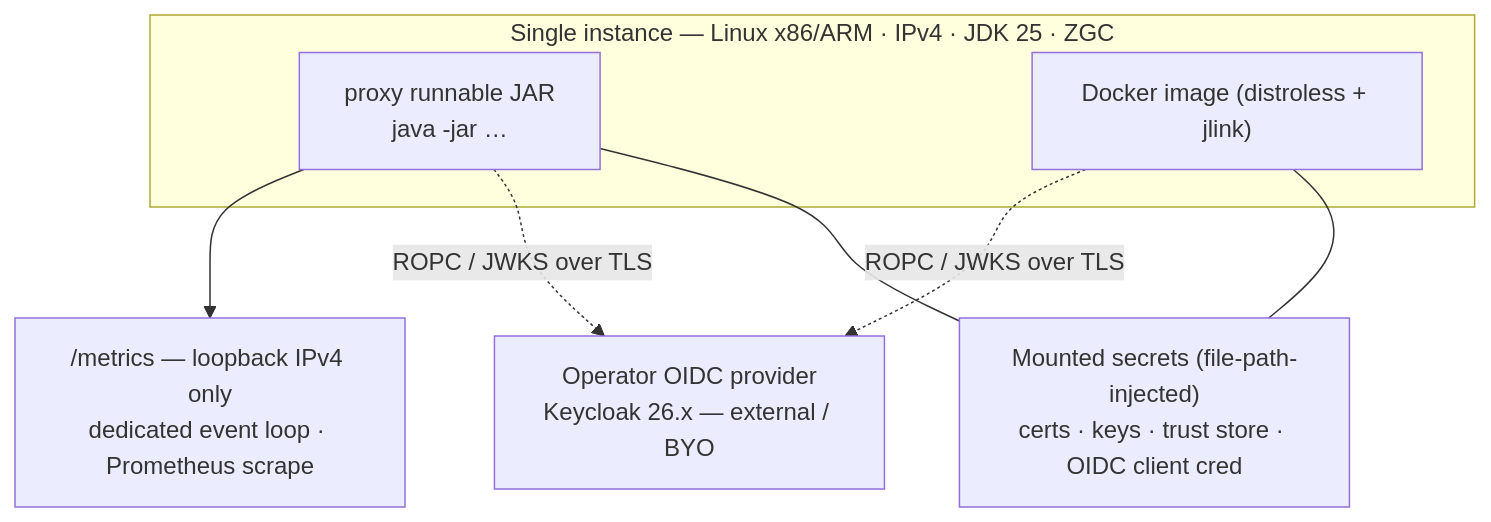
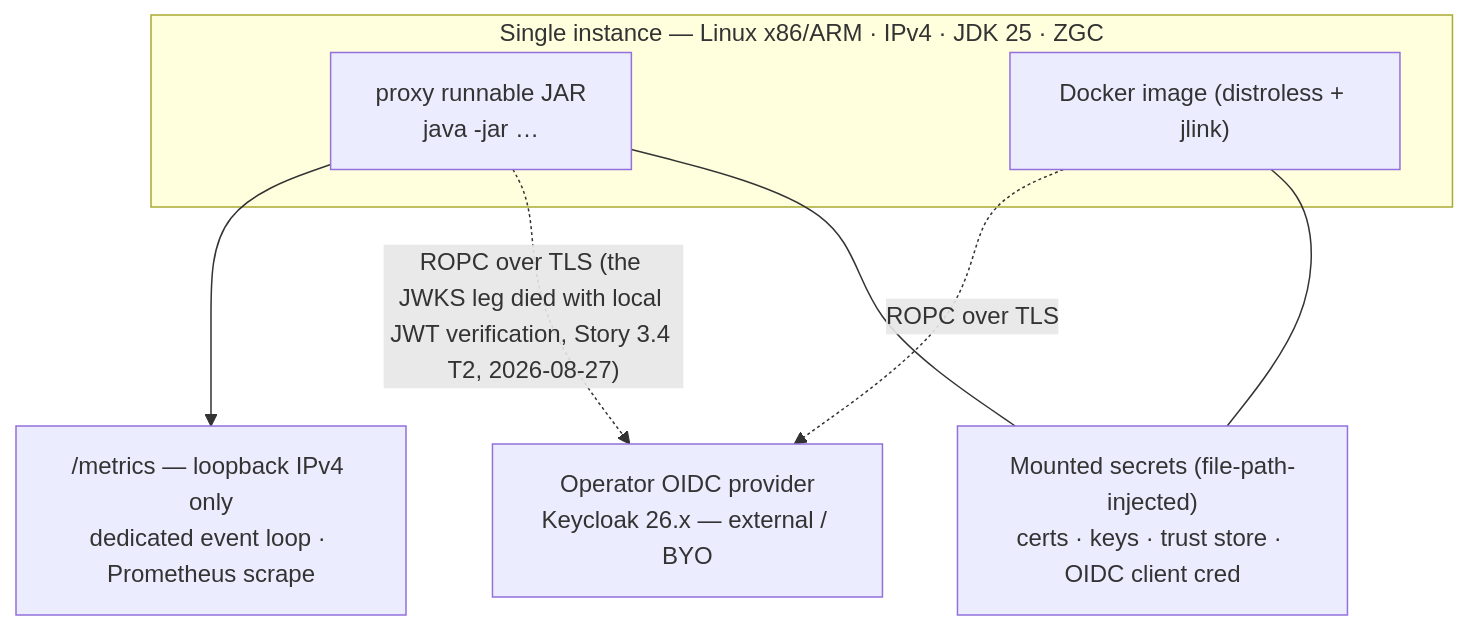
The fourth of 4 diagrams in _bmad-output/planning-artifacts/architecture/architecture-smpp-companions-2026-07-19/ARCHITECTURE-SPINE.md (ildarsharafutdinov/smpp-companions), drawn with Mermaid before and after one commit. The commit also changed other lines of this file and 25 other files, not shown here.

````diff
--- a/_bmad-output/planning-artifacts/architecture/architecture-smpp-companions-2026-07-19/ARCHITECTURE-SPINE.md
+++ b/_bmad-output/planning-artifacts/architecture/architecture-smpp-companions-2026-07-19/ARCHITECTURE-SPINE.md
@@ -348,15 +348,15 @@
 ```mermaid
 graph TB
   subgraph RT["Single instance — Linux x86/ARM · IPv4 · JDK 25 · ZGC"]
     JAR["proxy runnable JAR<br/>java -jar …"]
     DOCKER["Docker image (distroless + jlink)"]
   end
   MOUNT["Mounted secrets (file-path-injected)<br/>certs · keys · trust store · OIDC client cred"]
   IDP["Operator OIDC provider<br/>Keycloak 26.x — external / BYO"]
   MET["/metrics — loopback IPv4 only<br/>dedicated event loop · Prometheus scrape"]
   JAR --- MOUNT
   DOCKER --- MOUNT
-  JAR -. ROPC / JWKS over TLS .-> IDP
-  DOCKER -. ROPC / JWKS over TLS .-> IDP
+  JAR -. "ROPC over TLS (the JWKS leg died with local JWT verification, Story 3.4 T2, 2026-08-27)" .-> IDP
+  DOCKER -. "ROPC over TLS" .-> IDP
   JAR --> MET
 ```
````
